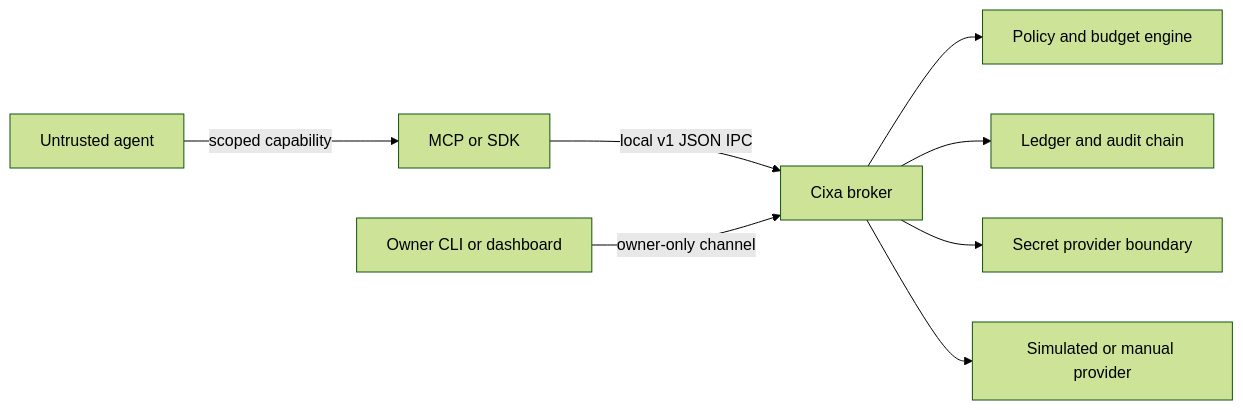
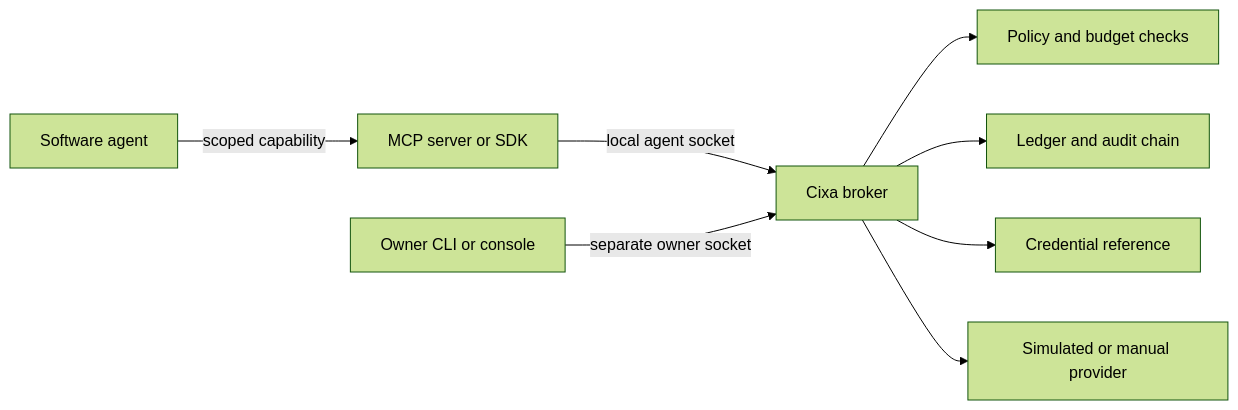
Before and after one commit to BedirT/cixa: the diagram in README.md, drawn with Mermaid (forest theme). The commit also changed other lines of this file and 10 other files, not shown here.

````diff
--- a/README.md
+++ b/README.md
@@ -108,10 +155,10 @@
 ```mermaid
 flowchart LR
-  A["Untrusted agent"] -->|"scoped capability"| M["MCP or SDK"]
-  M -->|"local v1 JSON IPC"| C["Cixa broker"]
-  O["Owner CLI or dashboard"] -->|"owner-only channel"| C
-  C --> P["Policy and budget engine"]
+  A["Software agent"] -->|"scoped capability"| I["MCP server or SDK"]
+  I -->|"local agent socket"| C["Cixa broker"]
+  O["Owner CLI or console"] -->|"separate owner socket"| C
+  C --> P["Policy and budget checks"]
   C --> L["Ledger and audit chain"]
-  C --> S["Secret provider boundary"]
+  C --> S["Credential reference"]
   C --> X["Simulated or manual provider"]
 ```
````
